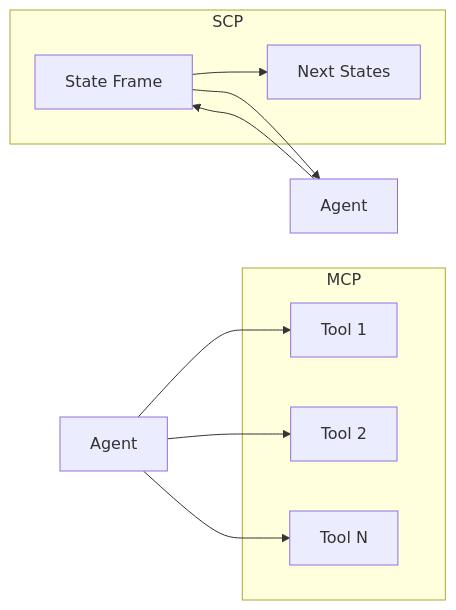
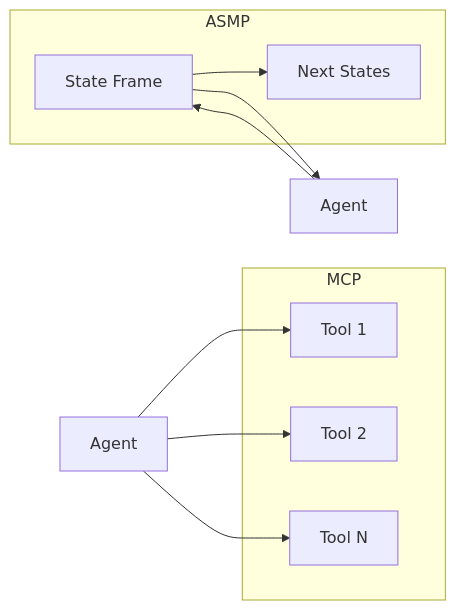
The diagram in README.md (cybertheory/scp), drawn with Mermaid before and after one commit. The commit also changed other lines of this file and 62 other files, not shown here.

````diff
--- a/README.md
+++ b/README.md
@@ -5,18 +5,18 @@
 ```mermaid
 flowchart LR
     subgraph MCP["MCP"]
         T[Tool 1]
         U[Tool 2]
         V[Tool N]
     end
     A[Agent] --> T
     A --> U
     A --> V
 
-    subgraph SCP["SCP"]
+    subgraph ASMP["ASMP"]
         S[State Frame]
         S --> N[Next States]
     end
     B[Agent] --> S
     S --> B
 ```
````
